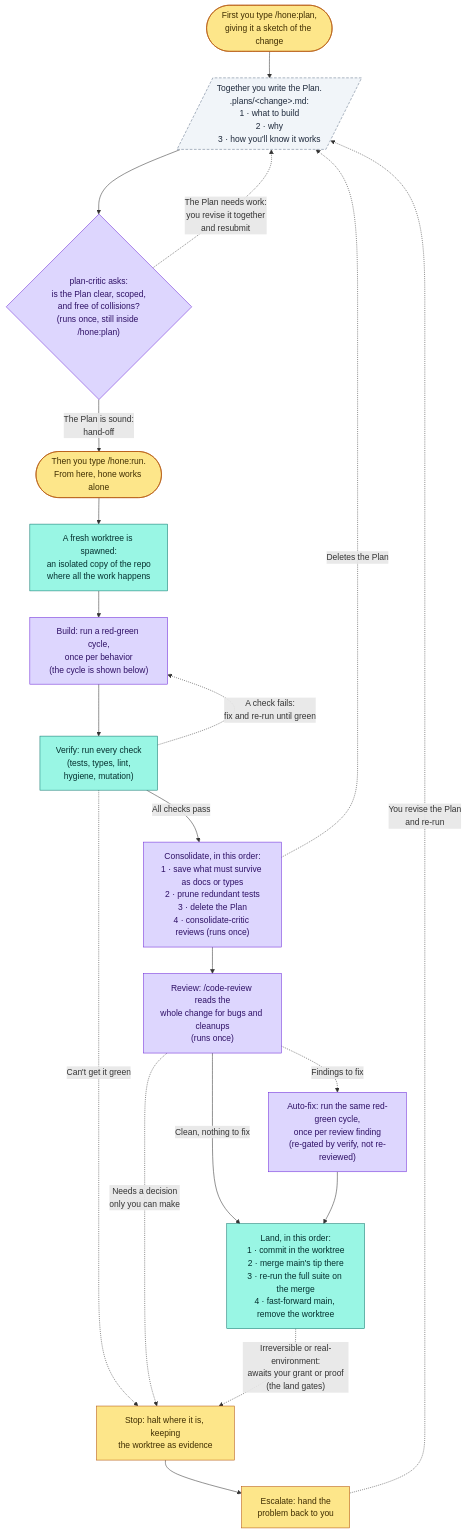
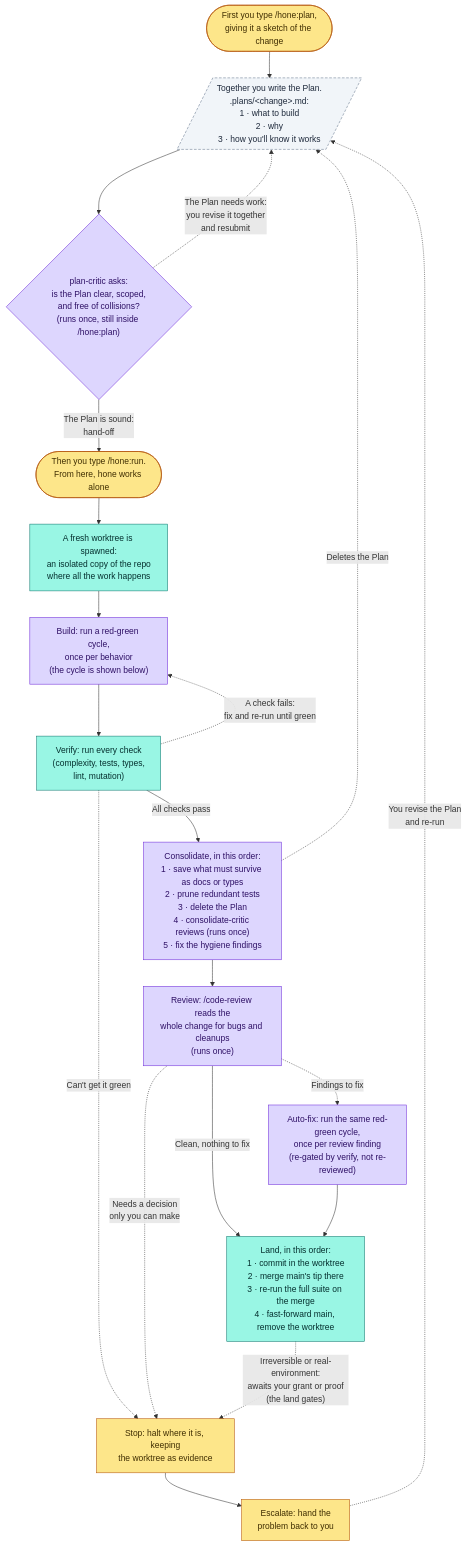
One commit to dominik-rehse/hone changed the second of 4 diagrams in docs/model.md. Above: the diagram before and after it, drawn with Mermaid. The commit also changed other lines of this file and 31 other files, not shown here.

````diff
--- a/docs/model.md
+++ b/docs/model.md
@@ -191,45 +191,45 @@
 ```mermaid
 flowchart TD
     cmdPlan(["First you type /hone:plan,<br/>giving it a sketch of the change"])
     planFile[/"Together you write the Plan.<br/>.plans/&lt;change&gt;.md:<br/>1 · what to build<br/>2 · why<br/>3 · how you'll know it works"/]
     cmdRun(["Then you type /hone:run.<br/>From here, hone works alone"])
     admit{"plan-critic asks:<br/>is the Plan clear, scoped,<br/>and free of collisions?<br/>(runs once, still inside /hone:plan)"}
     wt["A fresh worktree is spawned:<br/>an isolated copy of the repo<br/>where all the work happens"]
     build["Build: run a red-green cycle,<br/>once per behavior<br/>(the cycle is shown below)"]
-    verify["Verify: run every check<br/>(tests, types, lint,<br/>hygiene, mutation)"]
-    cons["Consolidate, in this order:<br/>1 · save what must survive as docs or types<br/>2 · prune redundant tests<br/>3 · delete the Plan<br/>4 · consolidate-critic reviews (runs once)"]
+    verify["Verify: run every check<br/>(complexity, tests, types,<br/>lint, mutation)"]
+    cons["Consolidate, in this order:<br/>1 · save what must survive as docs or types<br/>2 · prune redundant tests<br/>3 · delete the Plan<br/>4 · consolidate-critic reviews (runs once)<br/>5 · fix the hygiene findings"]
     rev["Review: /code-review reads the<br/>whole change for bugs and cleanups<br/>(runs once)"]
     fix["Auto-fix: run the same red-green cycle,<br/>once per review finding<br/>(re-gated by verify, not re-reviewed)"]
     land["Land, in this order:<br/>1 · commit in the worktree<br/>2 · merge main's tip there<br/>3 · re-run the full suite on the merge<br/>4 · fast-forward main, remove the worktree"]
     esc["Escalate: hand the<br/>problem back to you"]
     stop["Stop: halt where it is, keeping<br/>the worktree as evidence"]
 
     cmdPlan --> planFile
     planFile --> admit
     admit -->|"The Plan is sound:<br/>hand-off"| cmdRun
     admit -.->|"The Plan needs work:<br/>you revise it together<br/>and resubmit"| planFile
     cmdRun --> wt
     wt --> build
     build --> verify
     verify -->|"All checks pass"| cons
     verify -.->|"A check fails:<br/>fix and re-run until green"| build
     verify -.->|"Can't get it green"| stop
     cons --> rev
     cons -.->|"Deletes the Plan"| planFile
     rev -->|"Clean, nothing to fix"| land
     rev -.->|"Findings to fix"| fix
     fix --> land
     rev -.->|"Needs a decision<br/>only you can make"| stop
     land -.->|"Irreversible or real-environment:<br/>awaits your grant or proof<br/>(the land gates)"| stop
     stop --> esc
     esc -.->|"You revise the Plan<br/>and re-run"| planFile
 
     classDef human fill:#fde68a,stroke:#b45309,color:#3f2d00;
     classDef deterministic fill:#99f6e4,stroke:#0f766e,color:#042f2e;
     classDef stochastic fill:#ddd6fe,stroke:#6d28d9,color:#2e1065;
     classDef artifact fill:#f1f5f9,stroke:#64748b,color:#1e293b,stroke-dasharray:5 3;
     class cmdPlan,cmdRun,esc,stop human;
     class wt,verify,land deterministic;
     class admit,build,cons,rev,fix stochastic;
     class planFile artifact;
 ```
````
